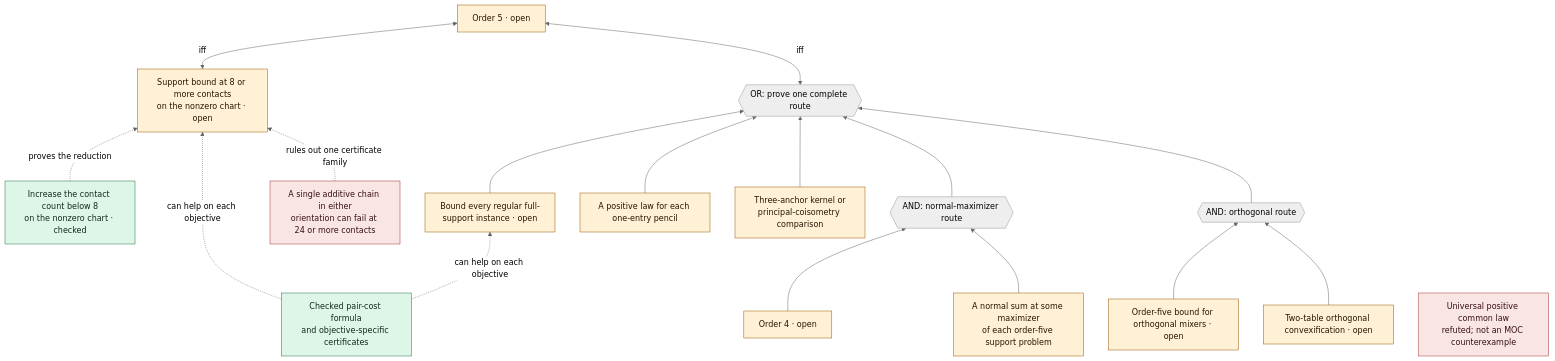
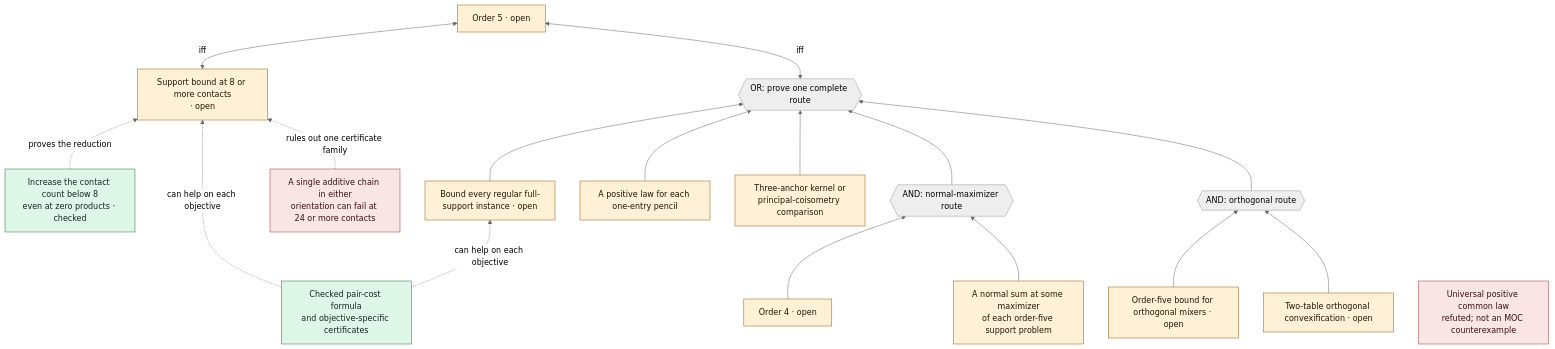
Before and after one commit to ascendnoosphere/MOC: the third of 4 diagrams in Lean/ProofTree.md, drawn with Mermaid (neutral theme). The commit also changed other lines of this file and 29 other files, not shown here.

````diff
--- a/Lean/ProofTree.md
+++ b/Lean/ProofTree.md
@@ -70,37 +72,37 @@
 ```mermaid
 flowchart BT
     FIVE["Order 5 · open"]:::open
     OR5{{"OR: prove one complete route"}}
     DENSE["Bound every regular full-support instance · open"]:::open
     PENCIL["A positive law for each one-entry pencil"]:::open
     CHART["Three-anchor kernel or<br/>principal-coisometry comparison"]:::open
     ANDN{{"AND: normal-maximizer route"}}
     FOUR["Order 4 · open"]:::open
     NORMAL["A normal sum at some maximizer<br/>of each order-five support problem"]:::open
-    TRANSFER["Increase the contact count below 8<br/>on the nonzero chart · checked"]:::checked
-    EIGHT["Support bound at 8 or more contacts<br/>on the nonzero chart · open"]:::open
+    TRANSFER["Increase the contact count below 8<br/>even at zero products · checked"]:::checked
+    EIGHT["Support bound at 8 or more contacts<br/>· open"]:::open
     ANDO{{"AND: orthogonal route"}}
     REAL["Order-five bound for orthogonal mixers · open"]:::open
     MIX["Two-table orthogonal convexification · open"]:::open
     CHAIN["A single additive chain in either<br/>orientation can fail at 24 or more contacts"]:::blocked
     COST["Checked pair-cost formula<br/>and objective-specific certificates"]:::checked
     DEAD["Universal positive common law<br/>refuted; not an MOC counterexample"]:::blocked
     DENSE --> OR5
     PENCIL --> OR5
     CHART --> OR5
     FOUR --> ANDN
     NORMAL --> ANDN
     TRANSFER -. proves the reduction .-> EIGHT
     EIGHT <-->|iff| FIVE
     REAL --> ANDO
     MIX --> ANDO
     ANDN --> OR5
     ANDO --> OR5
     COST -. can help on each objective .-> DENSE
     COST -. can help on each objective .-> EIGHT
     CHAIN -. rules out one certificate family .-> EIGHT
     OR5 <-->|iff| FIVE
     classDef open fill:#fff1d6,stroke:#9a5900,color:#231500
     classDef checked fill:#ddf6e7,stroke:#287348,color:#10291a
     classDef blocked fill:#fae5e5,stroke:#a33434,color:#361010
 ```
````
